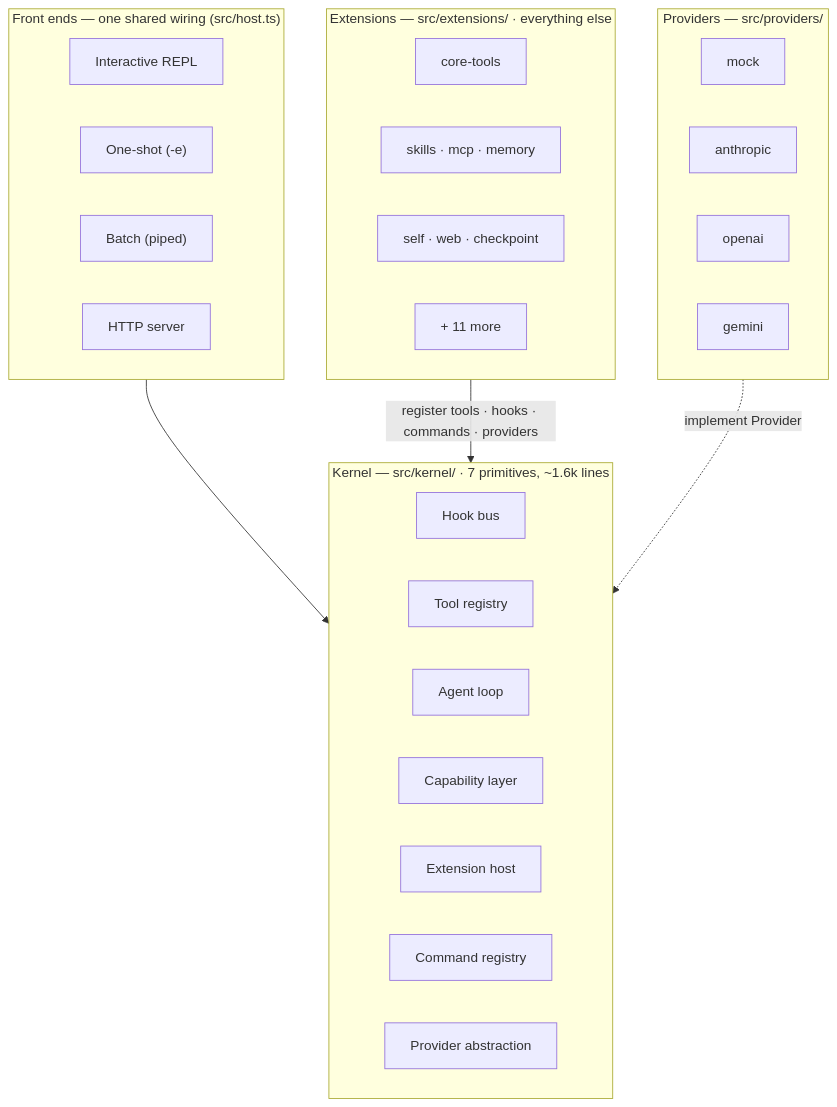
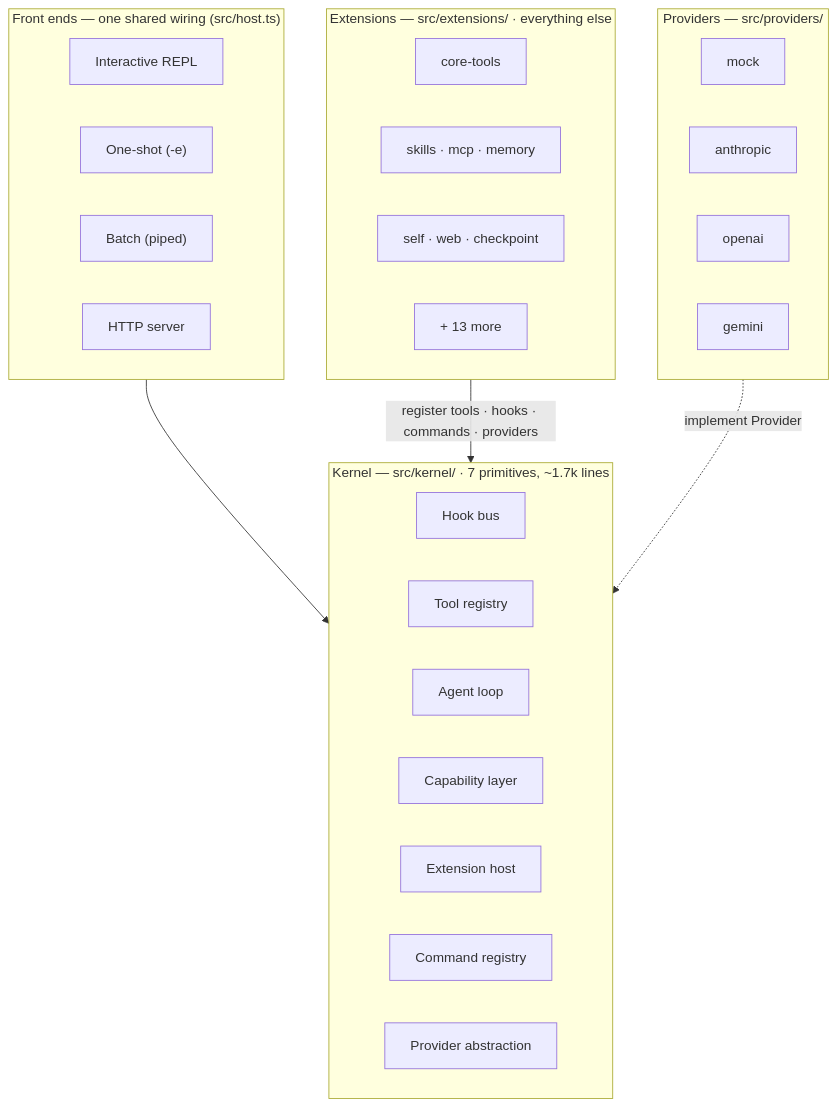
One commit to caohaotiantian/EAgent changed the first of 5 diagrams in README.md. Above: the diagram before and after it, drawn with Mermaid. The commit also changed other lines of this file and 28 other files, not shown here.

````diff
--- a/README.md
+++ b/README.md
@@ -16,41 +16,41 @@
 ```mermaid
 flowchart TB
     subgraph FE["Front ends — one shared wiring (src/host.ts)"]
         direction LR
         REPL["Interactive REPL"]
         ONE["One-shot (-e)"]
         BATCH["Batch (piped)"]
         HTTP["HTTP server"]
     end
 
-    subgraph KERNEL["Kernel — src/kernel/ · 7 primitives, ~1.6k lines"]
+    subgraph KERNEL["Kernel — src/kernel/ · 7 primitives, ~1.7k lines"]
         direction LR
         HOOKS["Hook bus"]
         REG["Tool registry"]
         LOOP["Agent loop"]
         CAPS["Capability layer"]
         EXT["Extension host"]
         CMD["Command registry"]
         PROV["Provider abstraction"]
     end
 
     subgraph EXTS["Extensions — src/extensions/ · everything else"]
         direction LR
         X1["core-tools"]
         X2["skills · mcp · memory"]
         X3["self · web · checkpoint"]
-        X4["+ 11 more"]
+        X4["+ 13 more"]
     end
 
     subgraph PROVIDERS["Providers — src/providers/"]
         direction LR
         PM["mock"]
         PA["anthropic"]
         PO["openai"]
         PG["gemini"]
     end
 
     FE --> KERNEL
     EXTS -->|"register tools · hooks · commands · providers"| KERNEL
     PROVIDERS -.->|"implement Provider"| PROV
 ```
````
